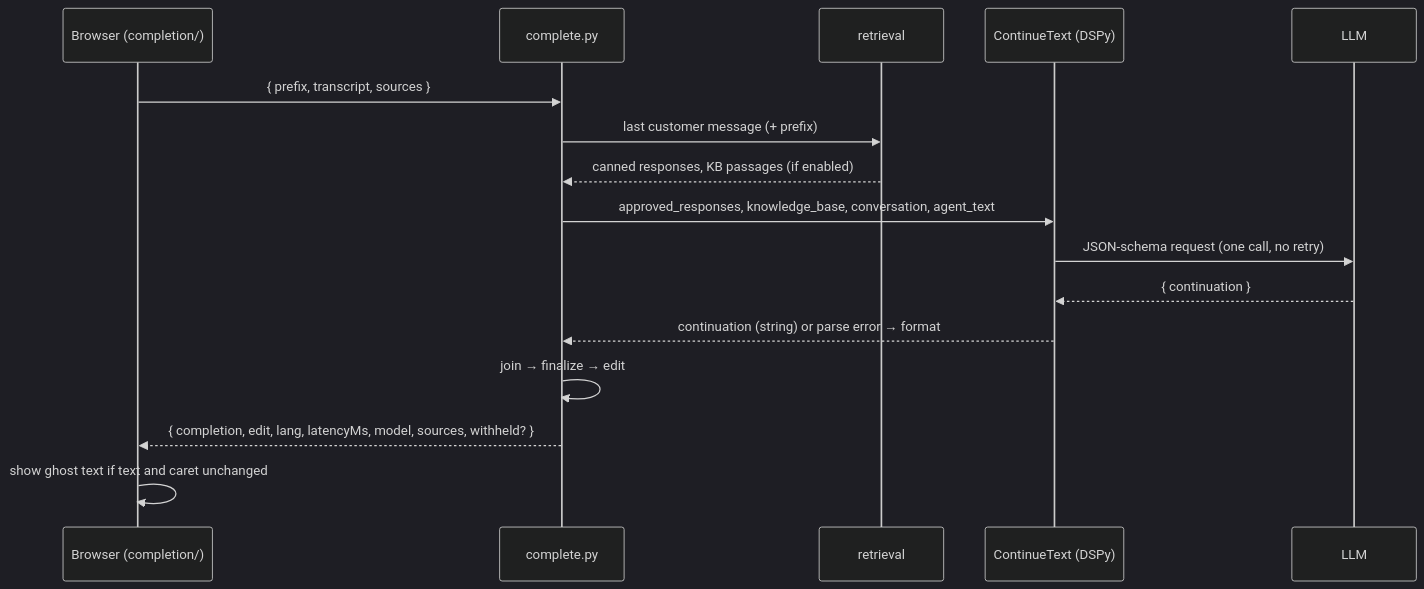
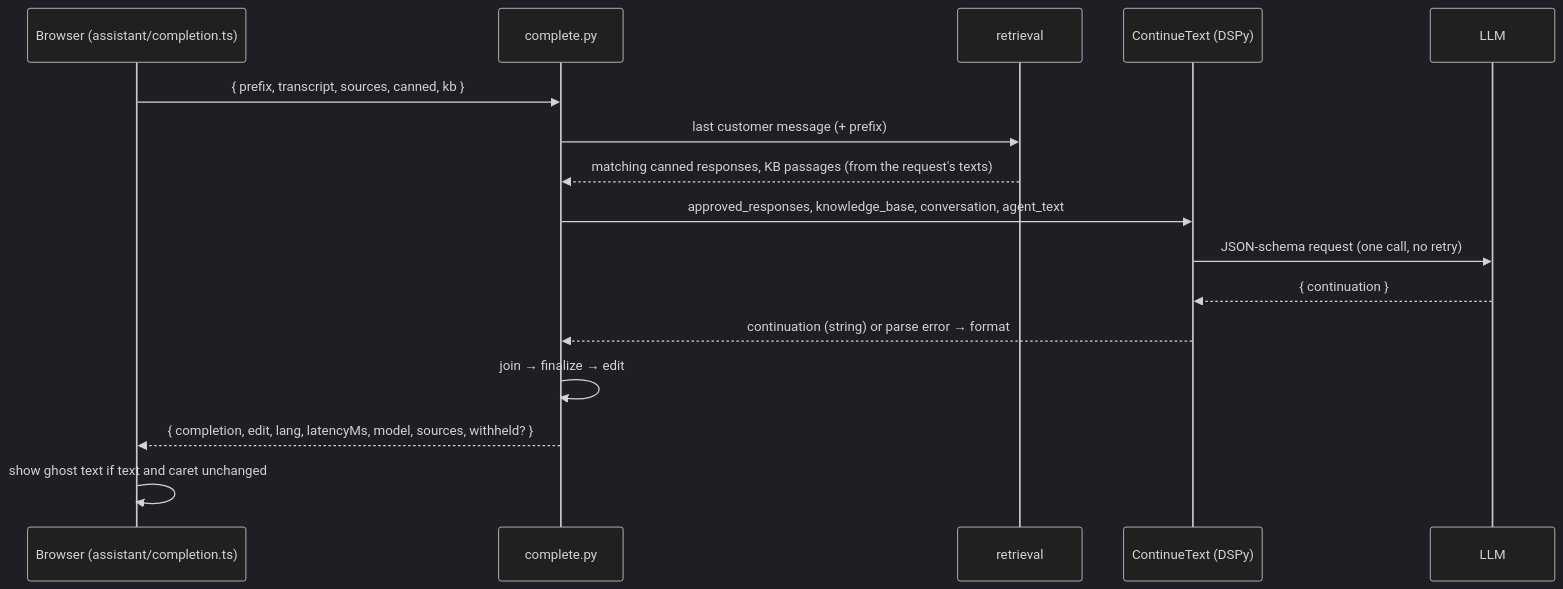
Before and after one commit to nikolaimaslak/SpellCheckingPrototype: the third of 3 diagrams in docs/ARCHITECTURE.md, drawn with Mermaid (dark theme). The commit also changed other lines of this file and 118 other files, not shown here.

````diff
--- a/docs/ARCHITECTURE.md
+++ b/docs/ARCHITECTURE.md
@@ -113,18 +105,18 @@
 ```mermaid
 sequenceDiagram
-  participant B as Browser (completion/)
+  participant B as Browser (assistant/completion.ts)
   participant S as complete.py
   participant R as retrieval
   participant P as ContinueText (DSPy)
   participant L as LLM
-  B->>S: { prefix, transcript, sources }
+  B->>S: { prefix, transcript, sources, canned, kb }
   S->>R: last customer message (+ prefix)
-  R-->>S: canned responses, KB passages (if enabled)
+  R-->>S: matching canned responses, KB passages (from the request's texts)
   S->>P: approved_responses, knowledge_base, conversation, agent_text
   P->>L: JSON-schema request (one call, no retry)
   L-->>P: { continuation }
   P-->>S: continuation (string) or parse error → format
   S->>S: join → finalize → edit
   S-->>B: { completion, edit, lang, latencyMs, model, sources, withheld? }
   B->>B: show ghost text if text and caret unchanged
 ```
````
